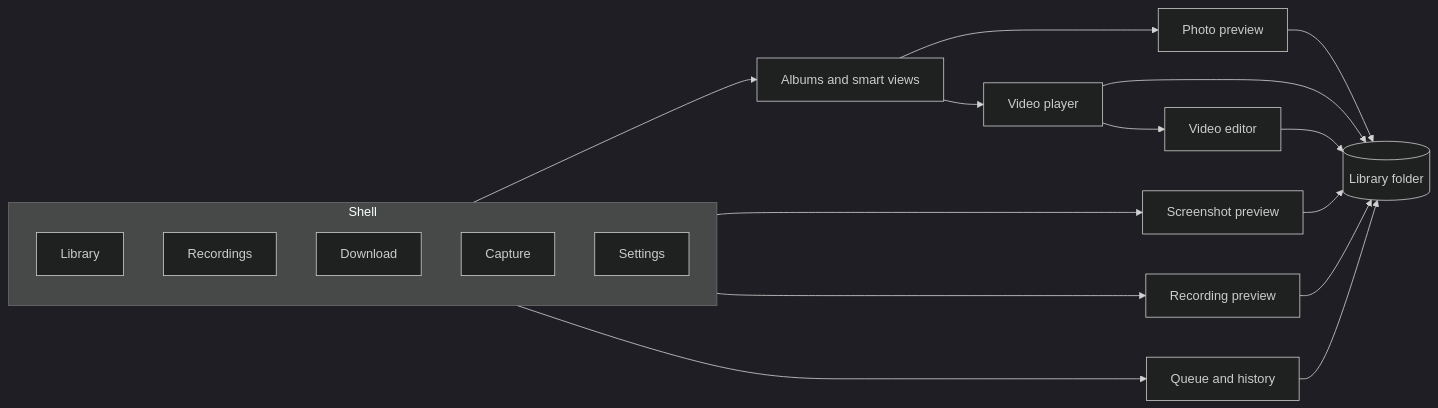
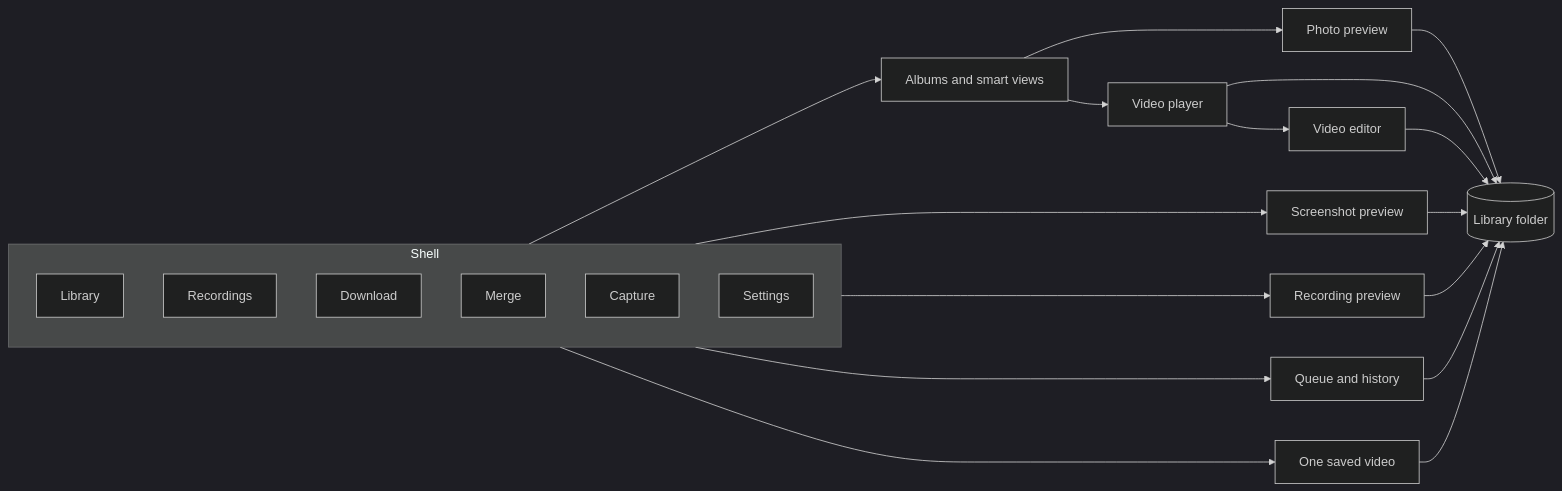
One commit to YavuzDuman/PersonalMediaPlayer changed the diagram in README.md. Above: the diagram before and after it, drawn with Mermaid (dark theme). The commit also changed other lines of this file and 23 other files, not shown here.

First line of the commit message:
Add Merge, richer video edits, and prompts when closing unsaved work.

````diff
--- a/README.md
+++ b/README.md
@@ -32,25 +32,28 @@
 ```mermaid
 flowchart LR
   subgraph shell [Shell]
     direction TB
     Library
     Recordings
     Download
+    Merge
     Capture
     Settings
   end
 
   Library --> Views[Albums and smart views]
   Views --> Photo[Photo preview]
   Views --> Player[Video player]
   Player --> Editor[Video editor]
   Capture --> Shot[Screenshot preview]
   Recordings --> Take[Recording preview]
   Download --> Queue[Queue and history]
+  Merge --> Joined[One saved video]
   Photo --> Folder[(Library folder)]
   Player --> Folder
   Editor --> Folder
   Shot --> Folder
   Take --> Folder
   Queue --> Folder
+  Joined --> Folder
 ```
````
